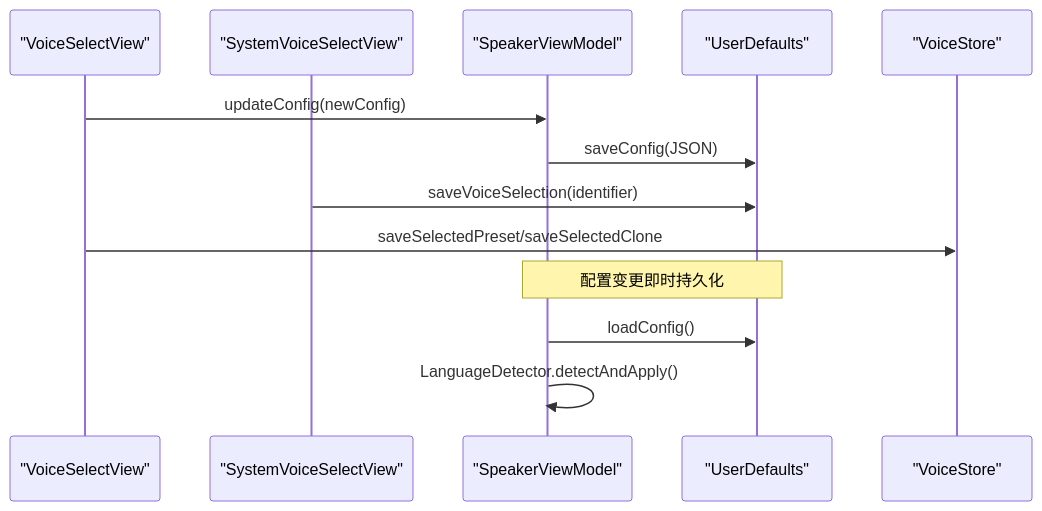
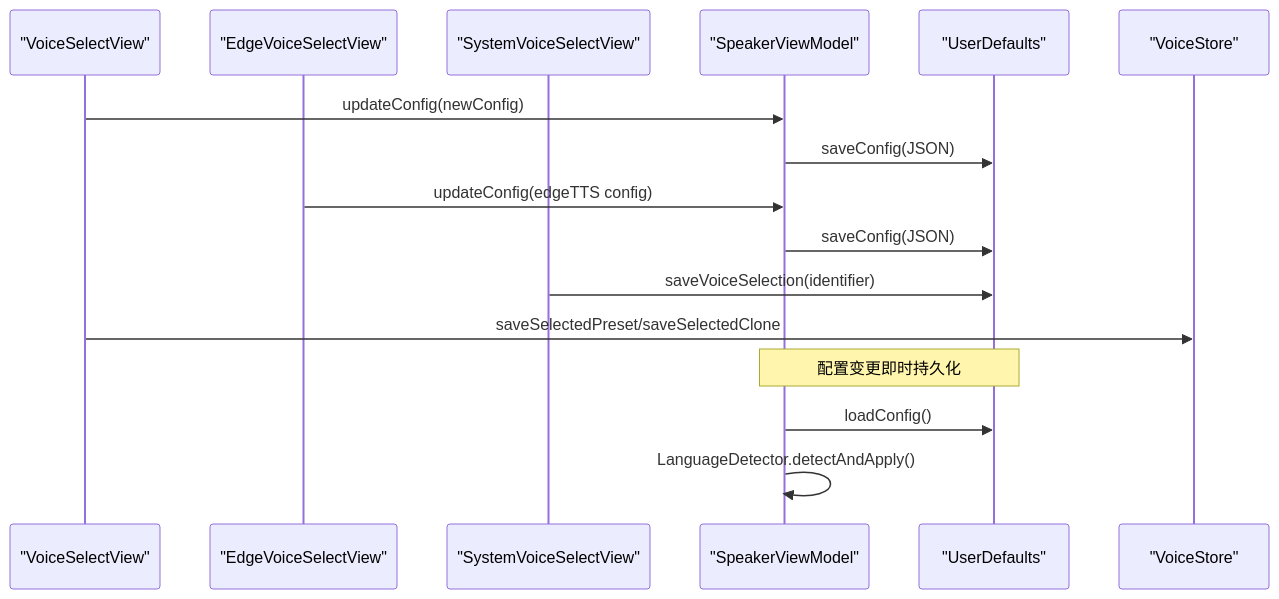
One commit to Primoguo/VoiceReader changed the ninth of 12 diagrams in .qoder/repowiki/zh/content/用户界面设计/设置界面/语音选择界面.md. Above: the diagram before and after it, drawn with Mermaid. The commit also changed other lines of this file and 29 other files, not shown here.

````diff
--- a/.qoder/repowiki/zh/content/用户界面设计/设置界面/语音选择界面.md
+++ b/.qoder/repowiki/zh/content/用户界面设计/设置界面/语音选择界面.md
@@ -397,15 +492,18 @@
 ```mermaid
 sequenceDiagram
 participant V as "VoiceSelectView"
+participant EV as "EdgeVoiceSelectView"
 participant SV as "SystemVoiceSelectView"
 participant VM as "SpeakerViewModel"
 participant UD as "UserDefaults"
 participant VS as "VoiceStore"
 V->>VM : updateConfig(newConfig)
+VM->>UD : saveConfig(JSON)
+EV->>VM : updateConfig(edgeTTS config)
 VM->>UD : saveConfig(JSON)
 SV->>UD : saveVoiceSelection(identifier)
 V->>VS : saveSelectedPreset/saveSelectedClone
 Note over VM,UD : 配置变更即时持久化
 VM->>UD : loadConfig()
 VM->>VM : LanguageDetector.detectAndApply()
 ```
````
